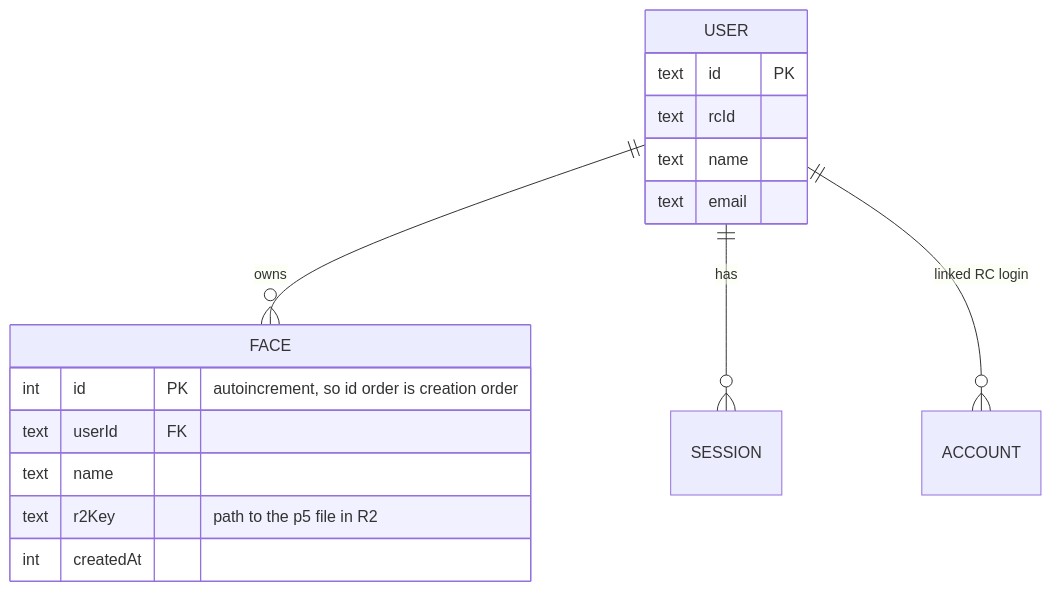
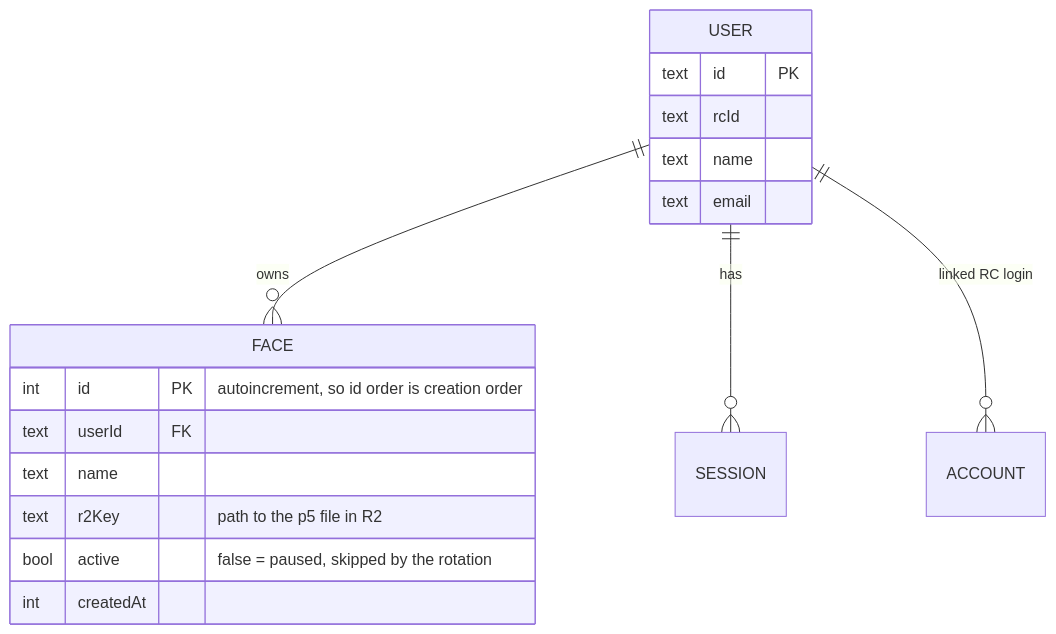
One commit to redSlug/clock changed the first of 2 diagrams in docs/design.md. Above: the diagram before and after it, drawn with Mermaid. The commit also changed other lines of this file and 25 other files, not shown here.

````diff
--- a/docs/design.md
+++ b/docs/design.md
@@ -79,19 +81,20 @@
 ```mermaid
 erDiagram
     USER ||--o{ FACE : owns
     USER ||--o{ SESSION : has
     USER ||--o{ ACCOUNT : "linked RC login"
     USER {
         text id PK
         text rcId
         text name
         text email
     }
     FACE {
         int id PK "autoincrement, so id order is creation order"
         text userId FK
         text name
         text r2Key "path to the p5 file in R2"
+        bool active "false = paused, skipped by the rotation"
         int createdAt
     }
 ```
````
